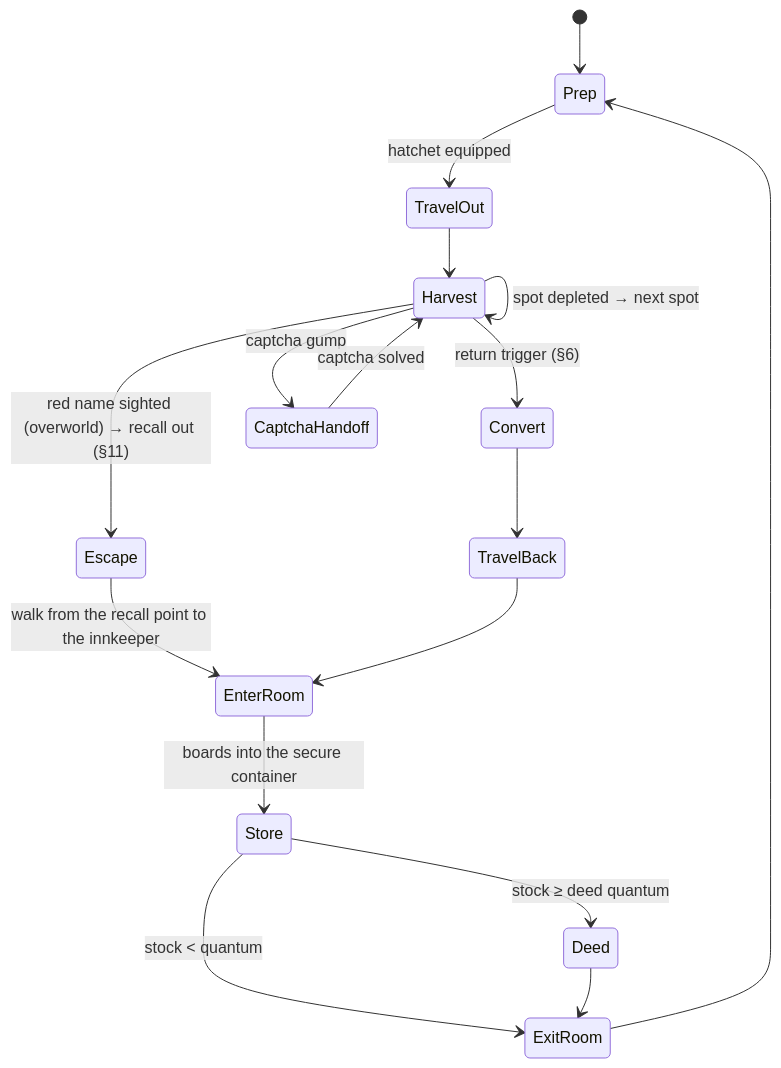
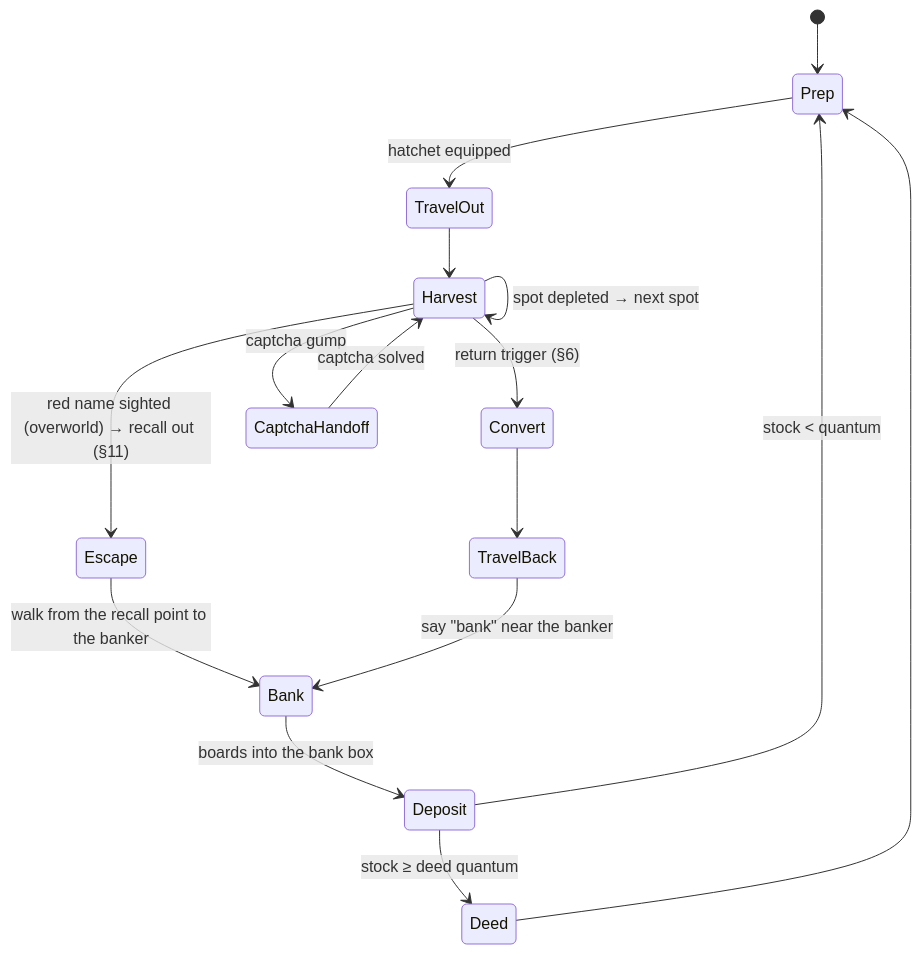
Before and after one commit to chriskite/uo-harness: the diagram in docs/LUMBER_LOOP.md, drawn with Mermaid. The commit also changed other lines of this file and 14 other files, not shown here.

First line of the commit message:
Lumber loop: bank the boards instead of storing them in a rental room

````diff
--- a/docs/LUMBER_LOOP.md
+++ b/docs/LUMBER_LOOP.md
@@ -70,19 +73,18 @@
 ```mermaid
 stateDiagram-v2
   [*] --> Prep
   Prep --> TravelOut: hatchet equipped
   TravelOut --> Harvest
   Harvest --> Harvest: spot depleted → next spot
   Harvest --> Convert: return trigger (§6)
   Harvest --> Escape: red name sighted (overworld) → recall out (§11)
-  Escape --> EnterRoom: walk from the recall point to the innkeeper
+  Escape --> Bank: walk from the recall point to the banker
   Convert --> TravelBack
-  TravelBack --> EnterRoom
-  EnterRoom --> Store: boards into the secure container
-  Store --> Deed: stock ≥ deed quantum
-  Store --> ExitRoom: stock < quantum
-  Deed --> ExitRoom
-  ExitRoom --> Prep
+  TravelBack --> Bank: say "bank" near the banker
+  Bank --> Deposit: boards into the bank box
+  Deposit --> Deed: stock ≥ deed quantum
+  Deposit --> Prep: stock < quantum
+  Deed --> Prep
   Harvest --> CaptchaHandoff: captcha gump
   CaptchaHandoff --> Harvest: captcha solved
 ```
````
